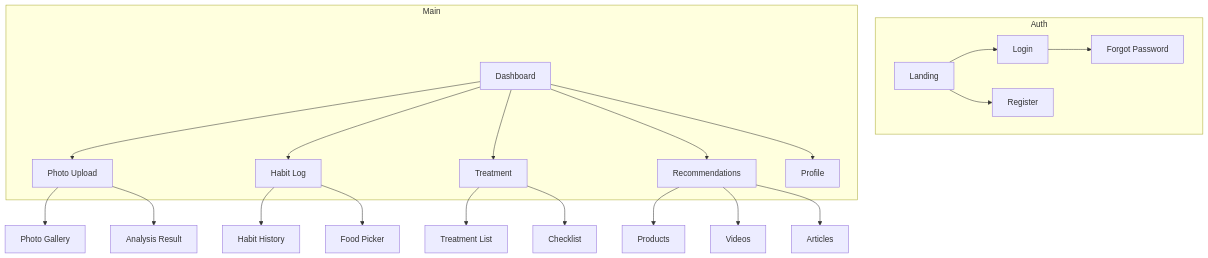
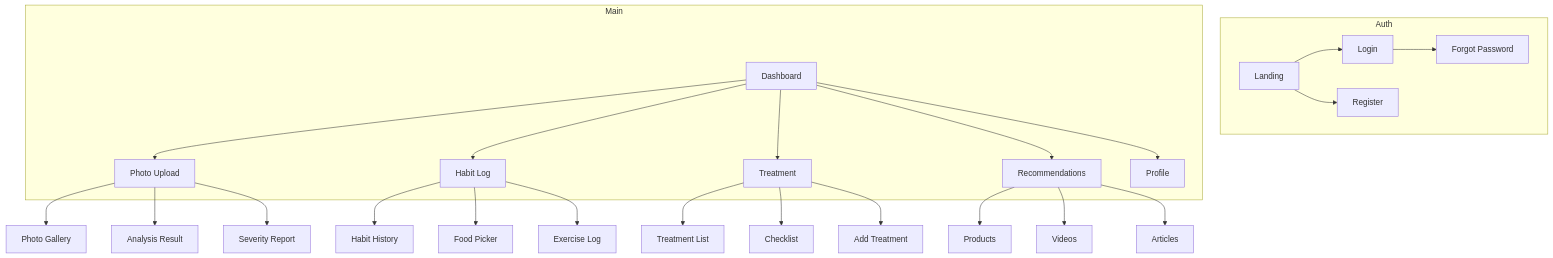
The ninth of 9 diagrams in Documentation/USER-FLOW.md (petrushandika/Scalp-Analytics), drawn with Mermaid before and after one commit. The commit also changed other lines of this file and 5 other files, not shown here.

````diff
--- a/Documentation/USER-FLOW.md
+++ b/Documentation/USER-FLOW.md
@@ -621,29 +965,32 @@
 ```mermaid
 graph TD
     subgraph Auth
         A[Landing] --> B[Login]
         A --> C[Register]
         B --> D[Forgot Password]
     end
-
+    
     subgraph Main
         E[Dashboard] --> F[Photo Upload]
         E --> G[Habit Log]
         E --> H[Treatment]
         E --> I[Recommendations]
         E --> K[Profile]
     end
-
+    
     F --> L[Photo Gallery]
     F --> M[Analysis Result]
-
-    G --> N[Habit History]
-    G --> O[Food Picker]
-
-    H --> P[Treatment List]
-    H --> Q[Checklist]
-
-    I --> R[Products]
-    I --> S[Videos]
-    I --> T[Articles]
+    F --> N[Severity Report]
+    
+    G --> O[Habit History]
+    G --> P[Food Picker]
+    G --> Q[Exercise Log]
+    
+    H --> R[Treatment List]
+    H --> S[Checklist]
+    H --> T[Add Treatment]
+    
+    I --> U[Products]
+    I --> V[Videos]
+    I --> W[Articles]
 ```
````
